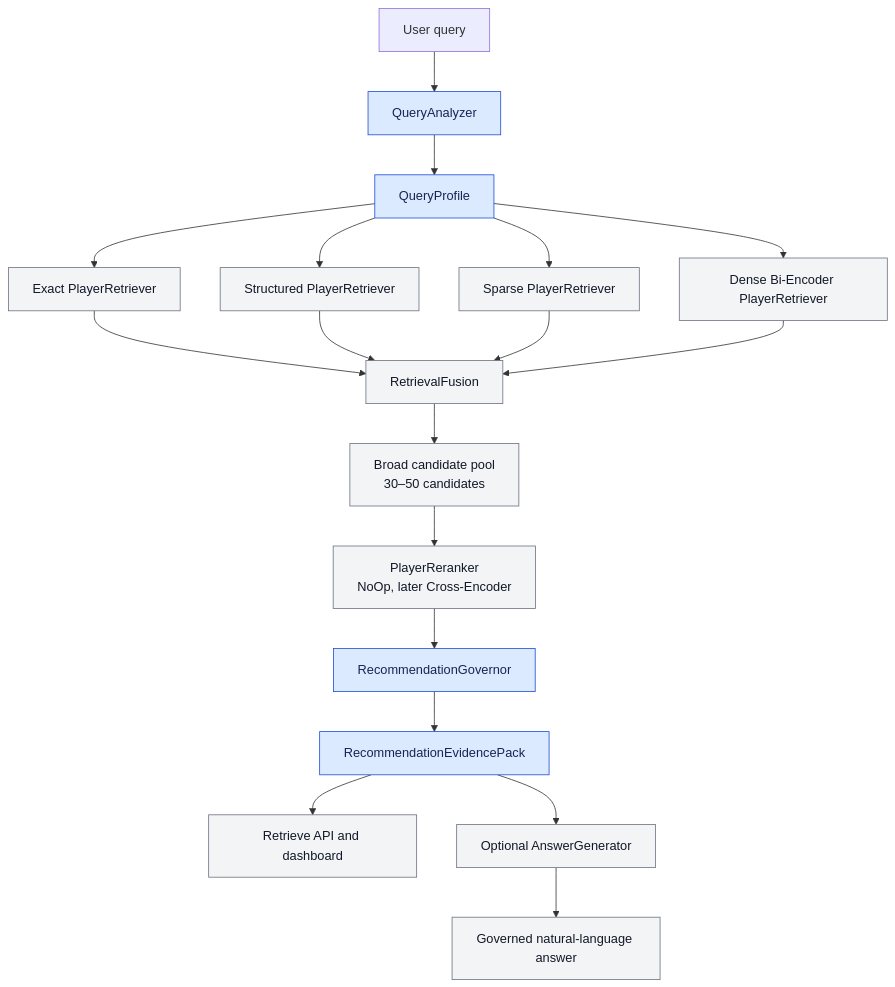
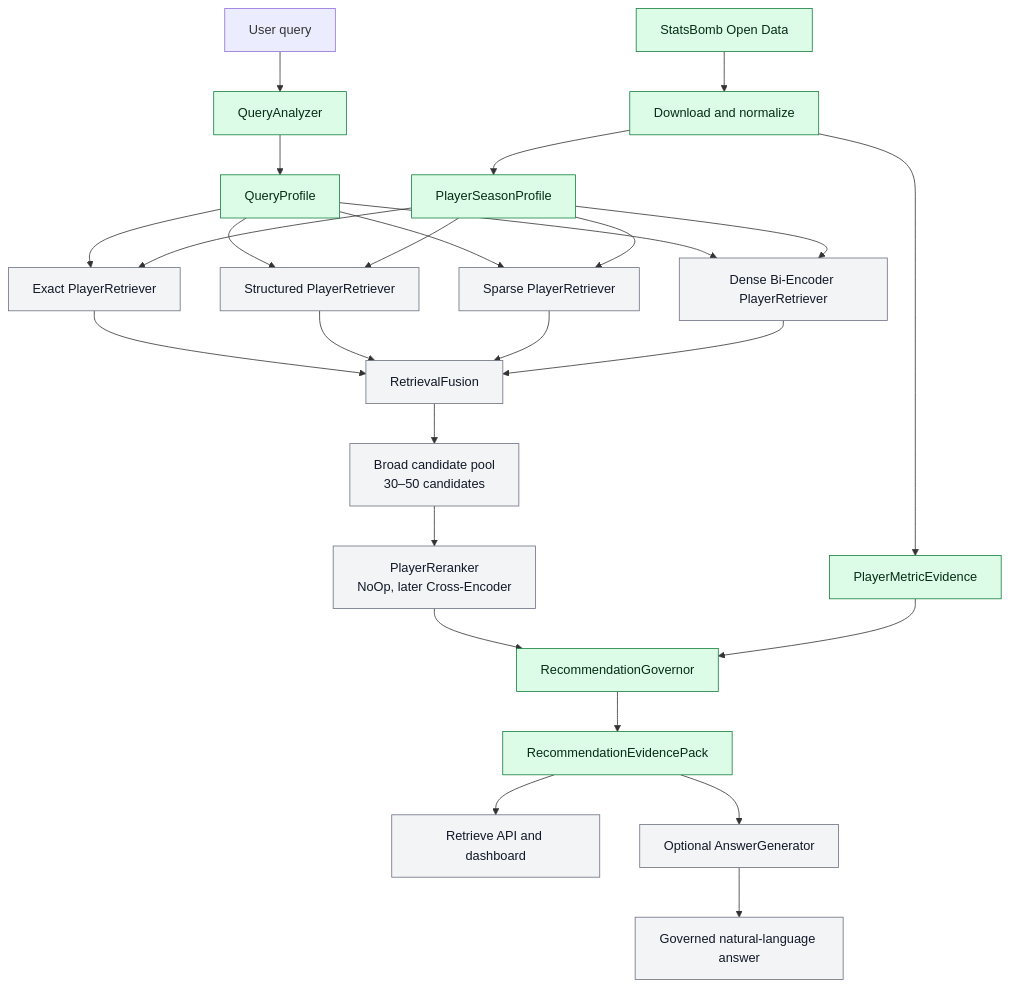
The first of 2 diagrams in README.md (simonmang/ScoutRAG), drawn with Mermaid before and after one commit. The commit also changed other lines of this file and 30 other files, not shown here.

Commit message:
feat: add validated StatsBomb data pipeline

````diff
--- a/README.md
+++ b/README.md
@@ -30,29 +33,38 @@
 ```mermaid
 flowchart TD
+    SB[StatsBomb Open Data] --> DN[Download and normalize]
+    DN --> PS[PlayerSeasonProfile]
+    DN --> ME[PlayerMetricEvidence]
+
     U[User query] --> QA[QueryAnalyzer]
     QA --> QP[QueryProfile]
 
     QP --> ER[Exact PlayerRetriever]
     QP --> SR[Structured PlayerRetriever]
     QP --> SP[Sparse PlayerRetriever]
     QP --> DR[Dense Bi-Encoder PlayerRetriever]
 
     ER --> F[RetrievalFusion]
     SR --> F
     SP --> F
     DR --> F
 
     F --> CP[Broad candidate pool<br/>30–50 candidates]
     CP --> RR[PlayerReranker<br/>NoOp, later Cross-Encoder]
     RR --> G[RecommendationGovernor]
     G --> EP[RecommendationEvidencePack]
+    PS --> ER
+    PS --> SR
+    PS --> SP
+    PS --> DR
+    ME --> G
 
     EP --> API[Retrieve API and dashboard]
     EP --> AG[Optional AnswerGenerator]
     AG --> AA[Governed natural-language answer]
 
-    classDef phase1 fill:#dbeafe,stroke:#1d4ed8,color:#172554;
+    classDef implemented fill:#dcfce7,stroke:#15803d,color:#052e16;
     classDef later fill:#f3f4f6,stroke:#6b7280,color:#111827;
-    class QA,QP,G,EP phase1;
+    class SB,DN,PS,ME,QA,QP,G,EP implemented;
     class ER,SR,SP,DR,F,CP,RR,API,AG,AA later;
 ```
````
